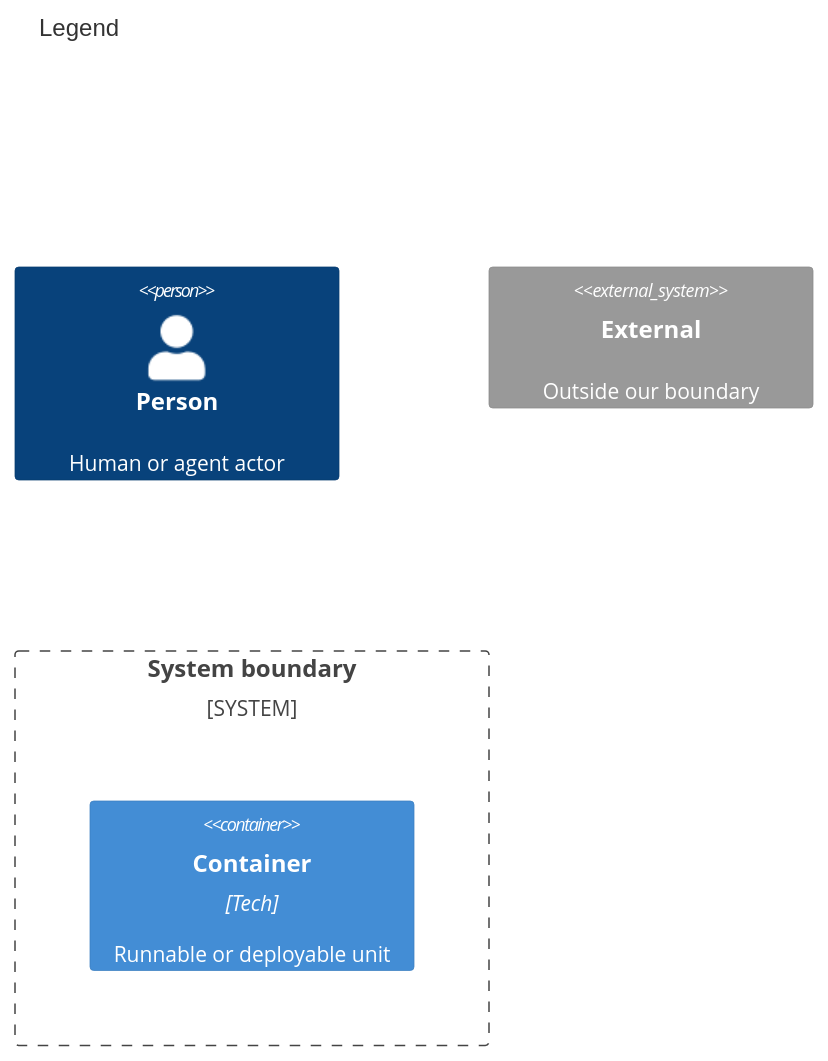
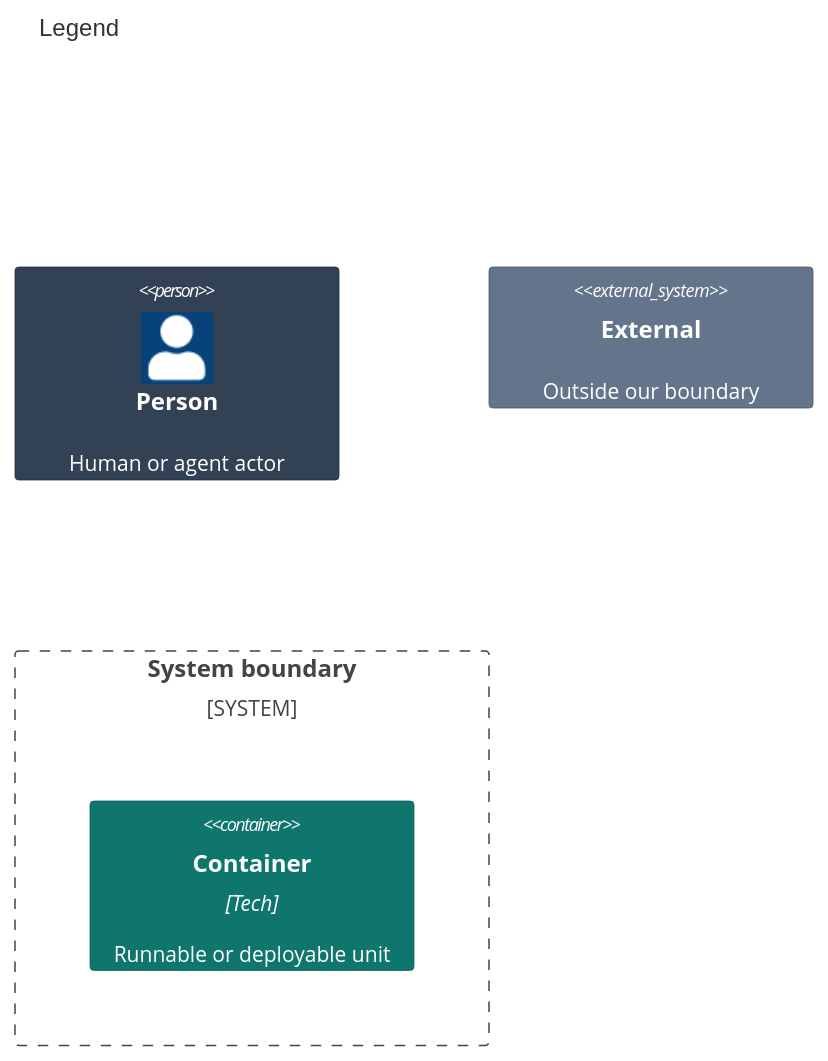
One commit to may-journal/journey changed the second of 2 diagrams in docs/architecture/02-containers.md. Above: the diagram before and after it, drawn with Mermaid. The commit also changed other lines of this file and 4 other files, not shown here.

First line of the commit message:
docs(architecture): draw each view in its level's form and palette (#17)

````diff
--- a/docs/architecture/02-containers.md
+++ b/docs/architecture/02-containers.md
@@ -27,10 +33,14 @@
 ```mermaid
 C4Container
     title Legend
 
     Person(p, "Person", "Human or agent actor")
     System_Boundary(b, "System boundary") {
         Container(c, "Container", "Tech", "Runnable or deployable unit")
     }
     System_Ext(e, "External", "Outside our boundary")
+
+    UpdateElementStyle(p, $bgColor="#334155", $borderColor="#1e293b", $fontColor="#ffffff")
+    UpdateElementStyle(c, $bgColor="#0f766e", $borderColor="#115e59", $fontColor="#ffffff")
+    UpdateElementStyle(e, $bgColor="#64748b", $borderColor="#475569", $fontColor="#ffffff")
 ```
````
